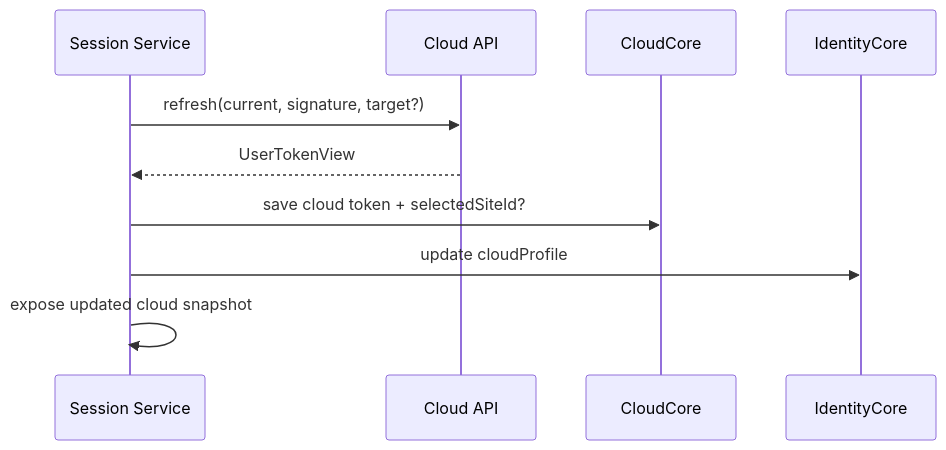
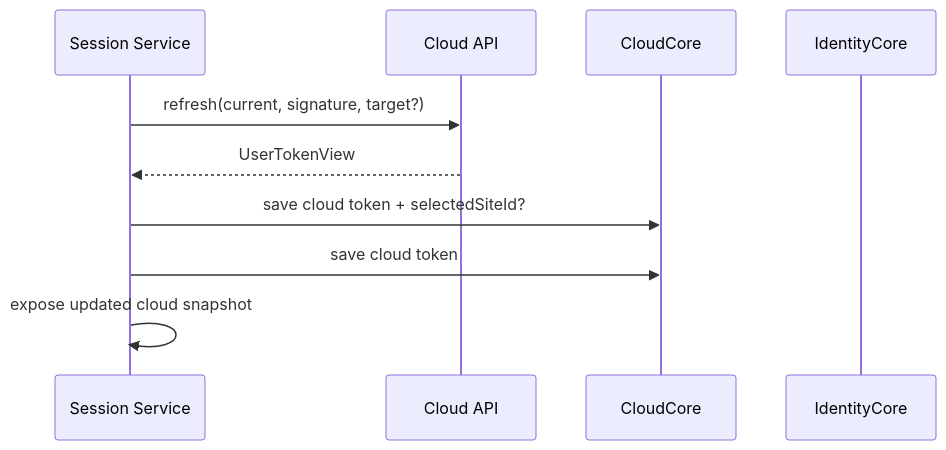
The second of 14 diagrams in libs/web-core/docs/session/session-scenarios.md (lemoncloud-io/dou-app), drawn with Mermaid before and after one commit. The commit also changed other lines of this file and 19 other files, not shown here.

````diff
--- a/libs/web-core/docs/session/session-scenarios.md
+++ b/libs/web-core/docs/session/session-scenarios.md
@@ -314,12 +310,12 @@
 ```mermaid
 sequenceDiagram
   participant S as Session Service
   participant C as Cloud API
   participant CC as CloudCore
   participant IC as IdentityCore
   S->>C: refresh(current, signature, target?)
   C-->>S: UserTokenView
   S->>CC: save cloud token + selectedSiteId?
-  S->>IC: update cloudProfile
+  S->>CC: save cloud token
   S->>S: expose updated cloud snapshot
 ```
````
